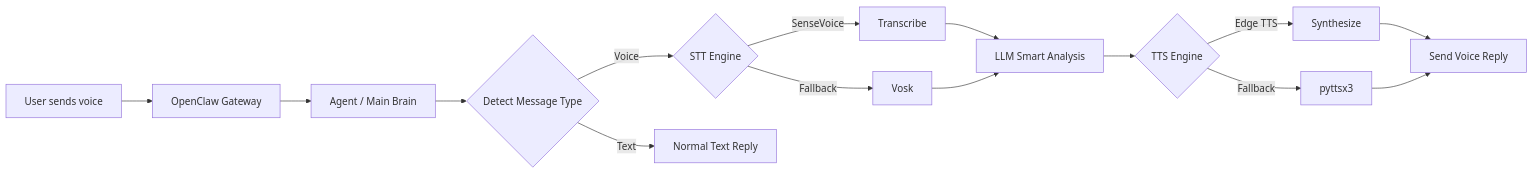
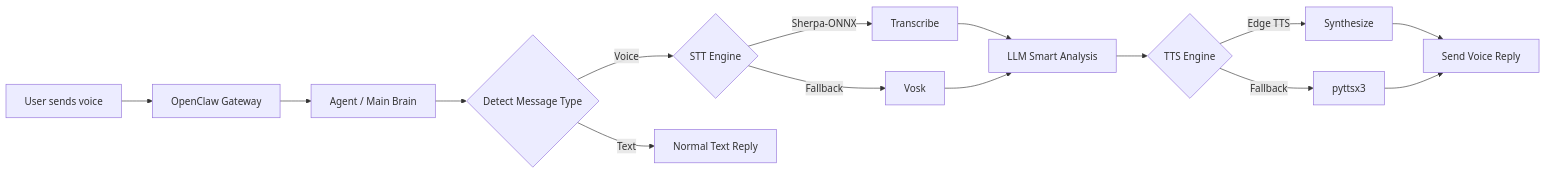
The diagram in README.md (zhangqinghua2015/voice-chat), drawn with Mermaid before and after one commit. The commit also changed other lines of this file and 5 other files, not shown here.

First line of the commit message:
fix: 改用 Sherpa-ONNX 引擎，移除 CUDA/NVIDIA 依赖

````diff
--- a/README.md
+++ b/README.md
@@ -17,17 +17,17 @@
 ```mermaid
 graph LR
     A[User sends voice] --> B[OpenClaw Gateway]
     B --> C[Agent / Main Brain]
     C --> D{Detect Message Type}
     D -- Voice --> E{STT Engine}
-    E -- SenseVoice --> F1[Transcribe]
+    E -- Sherpa-ONNX --> F1[Transcribe]
     E -- Fallback --> F2[Vosk]
     F1 --> G[LLM Smart Analysis]
     F2 --> G
     G --> H{TTS Engine}
     H -- Edge TTS --> I1[Synthesize]
     H -- Fallback --> I2[pyttsx3]
     I1 --> J[Send Voice Reply]
     I2 --> J
     D -- Text --> K[Normal Text Reply]
 ```
````
